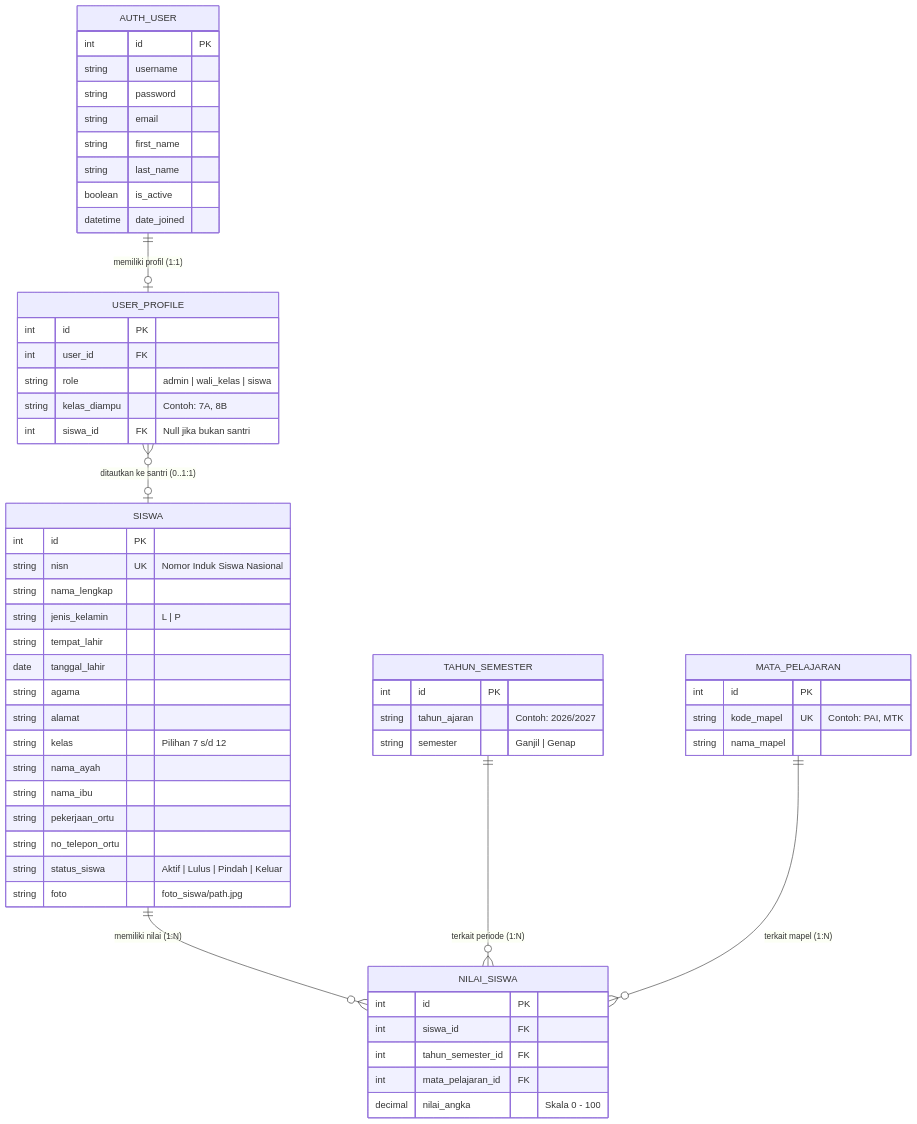
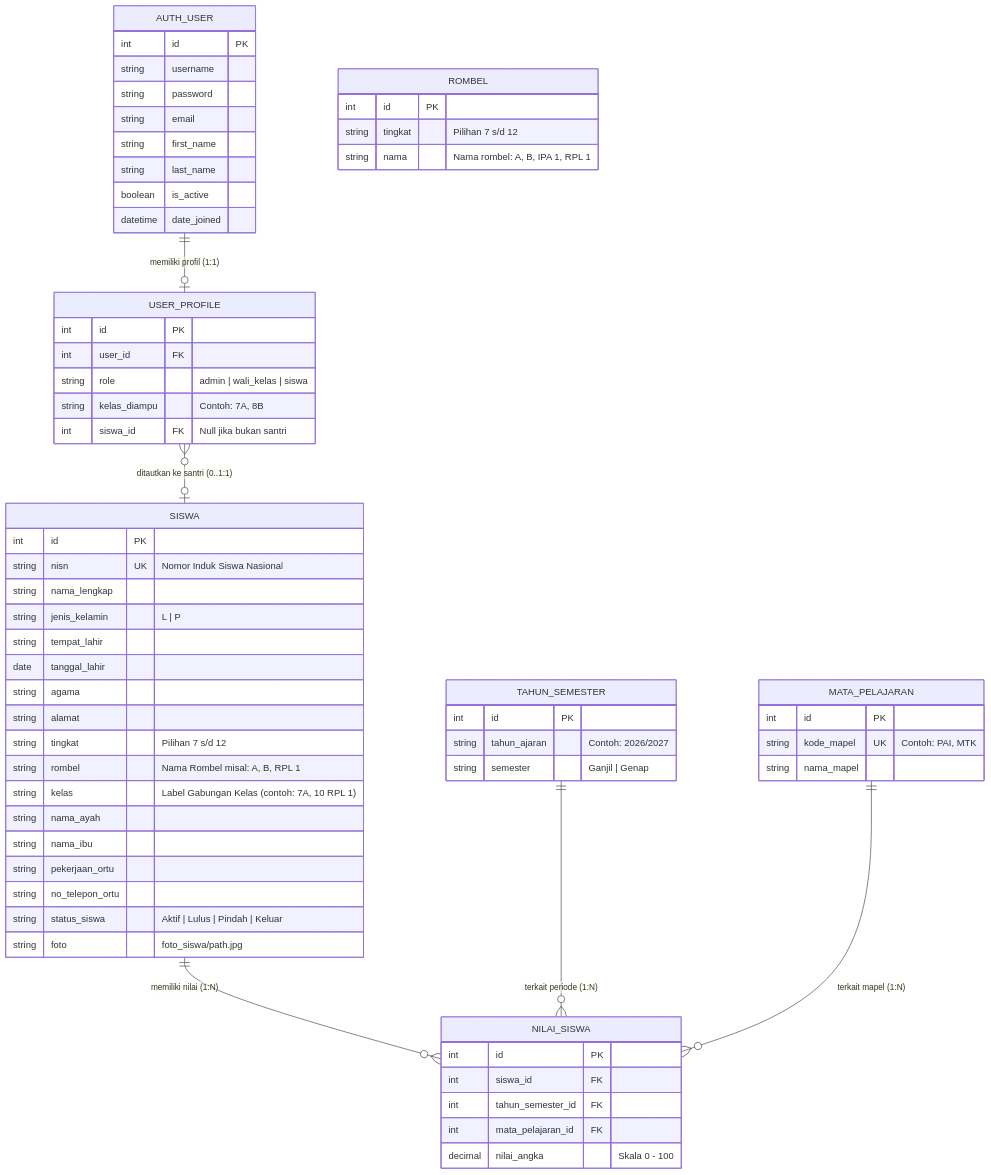
The eighth of 8 diagrams in ALUR_PROGRAM.md (studentsinformatics23/buku-induk), drawn with Mermaid before and after one commit. The commit also changed other lines of this file and 11 other files, not shown here.

Commit message:
feat: add Tingkat and Rombel management by admin with auto-sync and modal UI

````diff
--- a/ALUR_PROGRAM.md
+++ b/ALUR_PROGRAM.md
@@ -254,65 +254,73 @@
 ```mermaid
 erDiagram
     AUTH_USER ||--o| USER_PROFILE : "memiliki profil (1:1)"
     USER_PROFILE }o--o| SISWA : "ditautkan ke santri (0..1:1)"
     SISWA ||--o{ NILAI_SISWA : "memiliki nilai (1:N)"
     TAHUN_SEMESTER ||--o{ NILAI_SISWA : "terkait periode (1:N)"
     MATA_PELAJARAN ||--o{ NILAI_SISWA : "terkait mapel (1:N)"
 
     AUTH_USER {
         int id PK
         string username
         string password
         string email
         string first_name
         string last_name
         boolean is_active
         datetime date_joined
     }
 
     USER_PROFILE {
         int id PK
         int user_id FK
         string role "admin | wali_kelas | siswa"
         string kelas_diampu "Contoh: 7A, 8B"
         int siswa_id FK "Null jika bukan santri"
     }
 
     SISWA {
         int id PK
         string nisn UK "Nomor Induk Siswa Nasional"
         string nama_lengkap
         string jenis_kelamin "L | P"
         string tempat_lahir
         date tanggal_lahir
         string agama
         string alamat
-        string kelas "Pilihan 7 s/d 12"
+        string tingkat "Pilihan 7 s/d 12"
+        string rombel "Nama Rombel misal: A, B, RPL 1"
+        string kelas "Label Gabungan Kelas (contoh: 7A, 10 RPL 1)"
         string nama_ayah
         string nama_ibu
         string pekerjaan_ortu
         string no_telepon_ortu
         string status_siswa "Aktif | Lulus | Pindah | Keluar"
         string foto "foto_siswa/path.jpg"
+    }
+
+    ROMBEL {
+        int id PK
+        string tingkat "Pilihan 7 s/d 12"
+        string nama "Nama rombel: A, B, IPA 1, RPL 1"
     }
 
     TAHUN_SEMESTER {
         int id PK
         string tahun_ajaran "Contoh: 2026/2027"
         string semester "Ganjil | Genap"
     }
 
     MATA_PELAJARAN {
         int id PK
         string kode_mapel UK "Contoh: PAI, MTK"
         string nama_mapel
     }
 
     NILAI_SISWA {
         int id PK
         int siswa_id FK
         int tahun_semester_id FK
         int mata_pelajaran_id FK
         decimal nilai_angka "Skala 0 - 100"
     }
 ```
````
